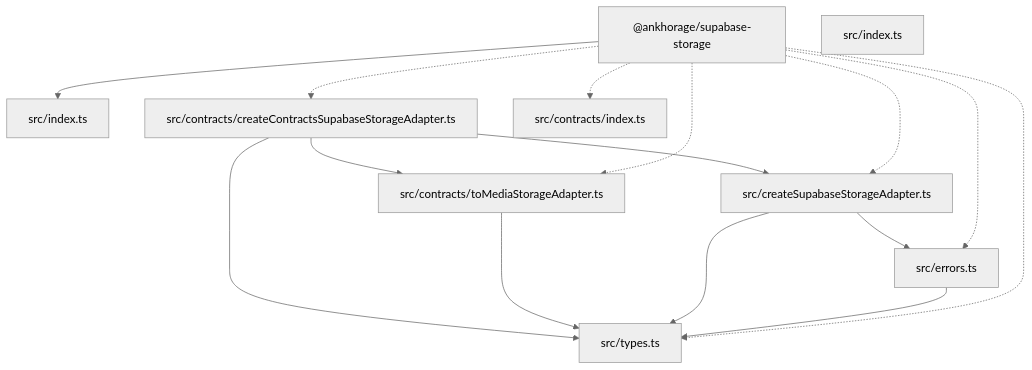
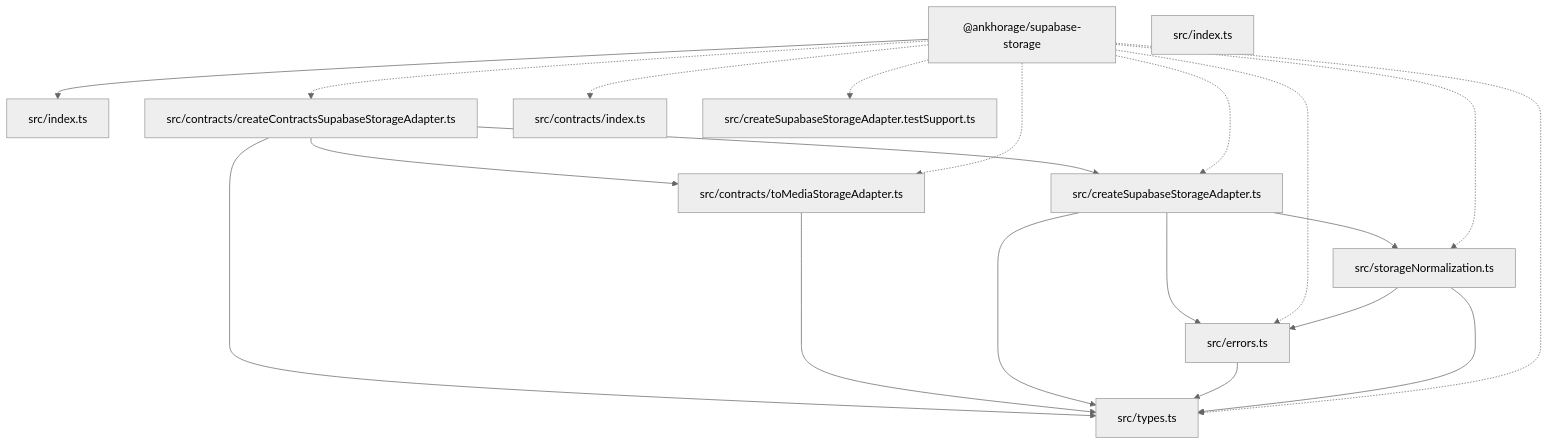
Before and after one commit to ankhorage/supabase-storage: the diagram in paradox/diagrams/architecture-overview.mmd, drawn with Mermaid (neutral theme). The commit also changed 12 other files, not shown here.

```diff
--- a/paradox/diagrams/architecture-overview.mmd
+++ b/paradox/diagrams/architecture-overview.mmd
@@ -1,24 +1,31 @@
 graph TD
   package__ankhorage_supabase_storage["@ankhorage/supabase-storage"]
   entrypoint_src_index_ts["src/index.ts"]
   package__ankhorage_supabase_storage --> entrypoint_src_index_ts
   module_src_contracts_createContractsSupabaseStorageAdapter_ts["src/contracts/createContractsSupabaseStorageAdapter.ts"]
   package__ankhorage_supabase_storage -.-> module_src_contracts_createContractsSupabaseStorageAdapter_ts
   module_src_contracts_createContractsSupabaseStorageAdapter_ts --> module_src_contracts_toMediaStorageAdapter_ts
   module_src_contracts_createContractsSupabaseStorageAdapter_ts --> module_src_createSupabaseStorageAdapter_ts
   module_src_contracts_createContractsSupabaseStorageAdapter_ts --> module_src_types_ts
   module_src_contracts_index_ts["src/contracts/index.ts"]
   package__ankhorage_supabase_storage -.-> module_src_contracts_index_ts
   module_src_contracts_toMediaStorageAdapter_ts["src/contracts/toMediaStorageAdapter.ts"]
   package__ankhorage_supabase_storage -.-> module_src_contracts_toMediaStorageAdapter_ts
   module_src_contracts_toMediaStorageAdapter_ts --> module_src_types_ts
+  module_src_createSupabaseStorageAdapter_testSupport_ts["src/createSupabaseStorageAdapter.testSupport.ts"]
+  package__ankhorage_supabase_storage -.-> module_src_createSupabaseStorageAdapter_testSupport_ts
   module_src_createSupabaseStorageAdapter_ts["src/createSupabaseStorageAdapter.ts"]
   package__ankhorage_supabase_storage -.-> module_src_createSupabaseStorageAdapter_ts
   module_src_createSupabaseStorageAdapter_ts --> module_src_errors_ts
+  module_src_createSupabaseStorageAdapter_ts --> module_src_storageNormalization_ts
   module_src_createSupabaseStorageAdapter_ts --> module_src_types_ts
   module_src_errors_ts["src/errors.ts"]
   package__ankhorage_supabase_storage -.-> module_src_errors_ts
   module_src_errors_ts --> module_src_types_ts
   module_src_index_ts["src/index.ts"]
+  module_src_storageNormalization_ts["src/storageNormalization.ts"]
+  package__ankhorage_supabase_storage -.-> module_src_storageNormalization_ts
+  module_src_storageNormalization_ts --> module_src_errors_ts
+  module_src_storageNormalization_ts --> module_src_types_ts
   module_src_types_ts["src/types.ts"]
   package__ankhorage_supabase_storage -.-> module_src_types_ts
```
